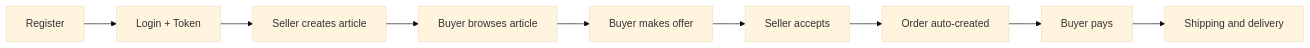
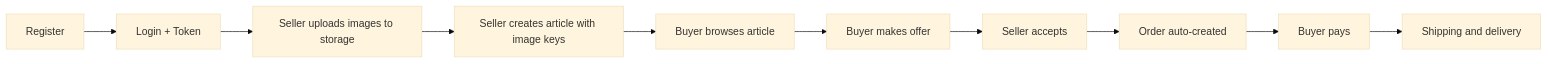
The diagram in docs/business-flow.md (johnOfGod33/2_main_api), drawn with Mermaid (base theme) before and after one commit. The commit also changed other lines of this file and 2 other files, not shown here.

````diff
--- a/docs/business-flow.md
+++ b/docs/business-flow.md
@@ -134,11 +154,12 @@
 ```mermaid
 flowchart LR
   A[Register] --> B[Login + Token]
-  B --> C[Seller creates article]
-  C --> D[Buyer browses article]
-  D --> E[Buyer makes offer]
-  E --> F[Seller accepts]
-  F --> G[Order auto-created]
-  G --> H[Buyer pays]
-  H --> I[Shipping and delivery]
+  B --> C[Seller uploads images to storage]
+  C --> D[Seller creates article with image keys]
+  D --> E[Buyer browses article]
+  E --> F[Buyer makes offer]
+  F --> G[Seller accepts]
+  G --> H[Order auto-created]
+  H --> I[Buyer pays]
+  I --> J[Shipping and delivery]
 ```
````
